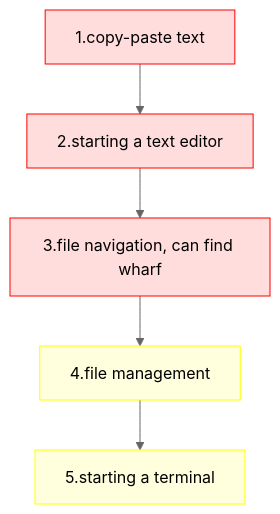
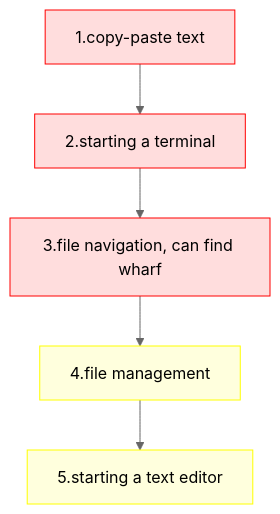
Before and after one commit to UPPMAX/bianca_workshop: the diagram in docs/use_remote_desktop.md, drawn with Mermaid (neutral theme).

````diff
--- a/docs/use_remote_desktop.md
+++ b/docs/use_remote_desktop.md
@@ -78,14 +78,14 @@
 ```mermaid
 flowchart TD
 
   classDef minimal_node fill:#fdd,color:#000,stroke:#f00
   classDef extra_node fill:#ffd,color:#000,stroke:#ff0
 
   exercise_1[1.copy-paste text]:::minimal_node
-  exercise_2[2.starting a text editor]:::minimal_node
+  exercise_2[2.starting a terminal]:::minimal_node
   exercise_3[3.file navigation, can find wharf]:::minimal_node
   exercise_4[4.file management]:::extra_node
-  exercise_5[5.starting a terminal]:::extra_node
+  exercise_5[5.starting a text editor]:::extra_node
 
   exercise_1 --> exercise_2 --> exercise_3 --> exercise_4 --> exercise_5
 ```
````
